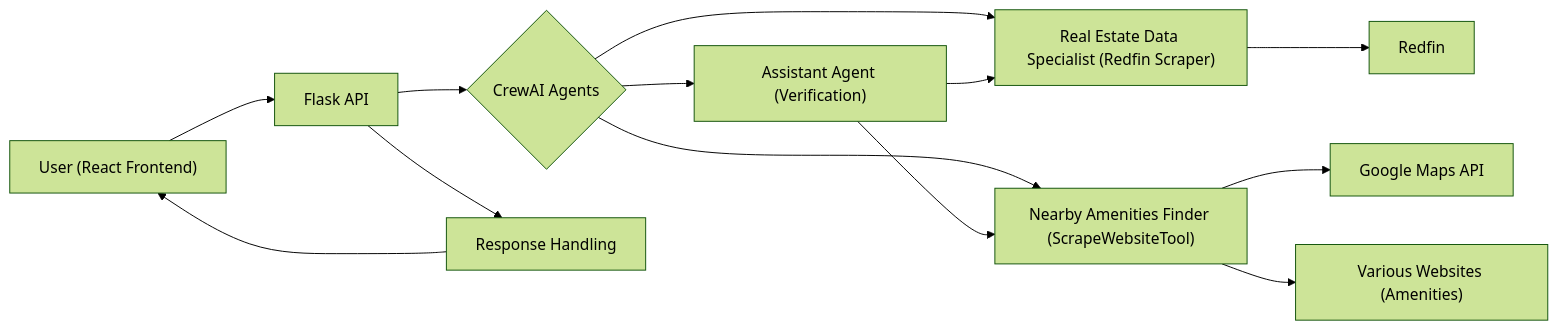
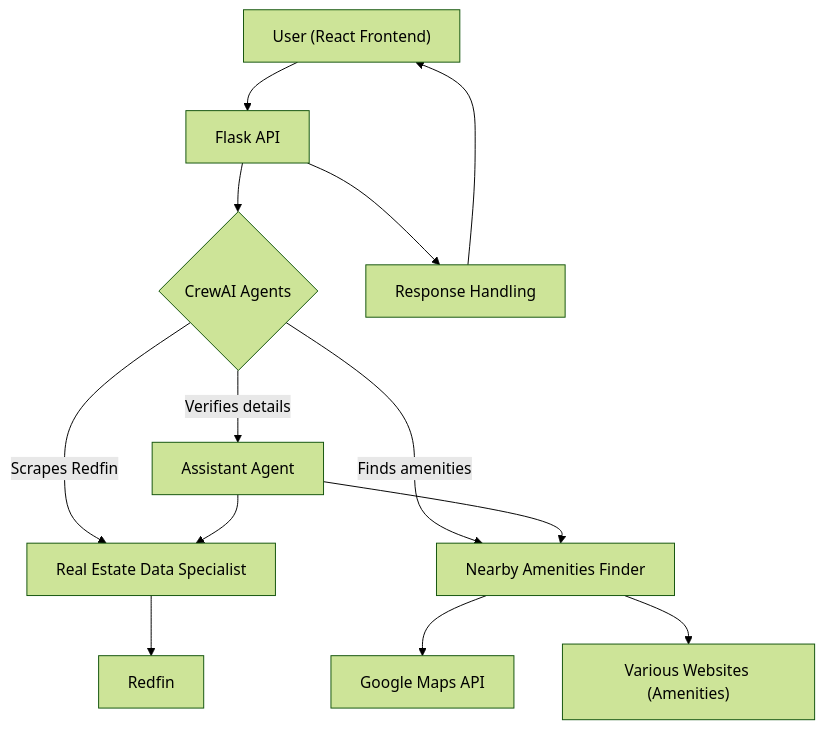
The diagram in README.md (Divyasri6/AI_agents_for_-house_search), drawn with Mermaid (forest theme) before and after one commit.

````diff
--- a/README.md
+++ b/README.md
@@ -17,10 +17,12 @@
 ```mermaid
-flowchart LR
+flowchart TD
     A["User (React Frontend)"] --> B["Flask API"]
-    B --> C{"CrewAI Agents"} & J["Response Handling"]
-    C --> D["Real Estate Data Specialist (Redfin Scraper)"] & E["Nearby Amenities Finder (ScrapeWebsiteTool)"] & F["Assistant Agent (Verification)"]
+    B --> C{"CrewAI Agents"}
+    C -->|Scrapes Redfin| D["Real Estate Data Specialist"]
+    C -->|Finds amenities| E["Nearby Amenities Finder"]
+    C -->|Verifies details| F["Assistant Agent"]
     D --> G["Redfin"]
     E --> H["Google Maps API"] & I["Various Websites (Amenities)"]
     F --> D & E
-    J --> A
+    B --> J["Response Handling"] --> A
 ```
````
